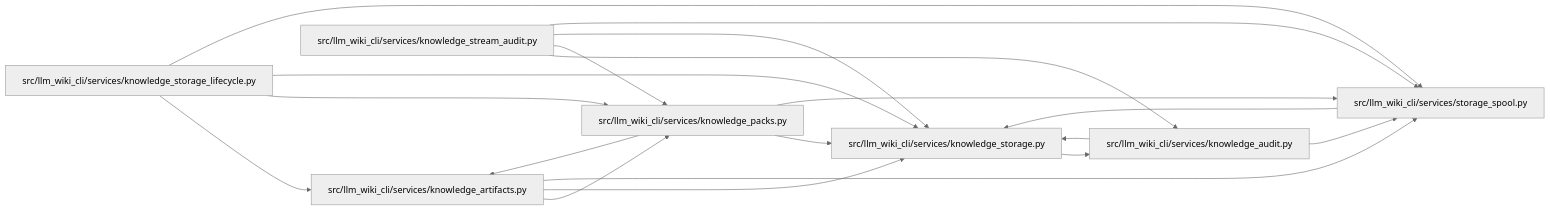
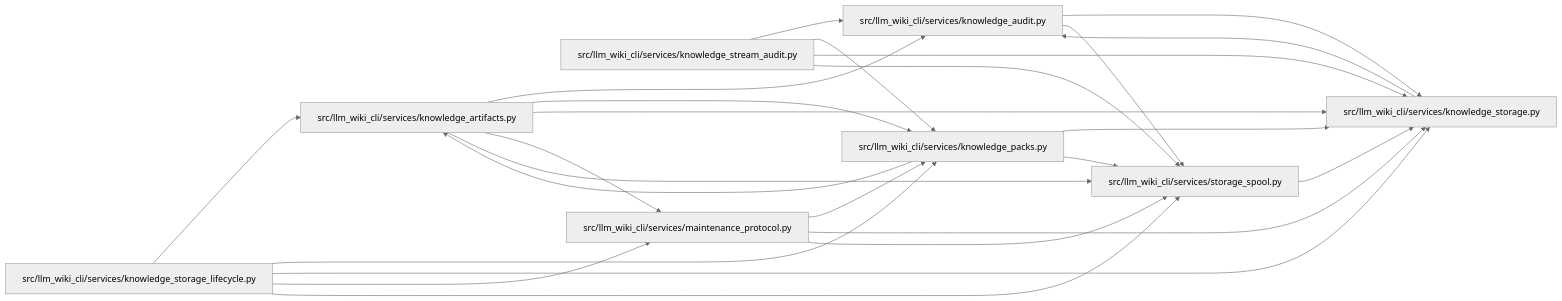
The diagram in docs/llm_wiki/modules/storage_spool.md (Denissvgn/python-wiki-llm), drawn with Mermaid (neutral theme) before and after one commit. The commit also changed other lines of this file and 627 other files, not shown here.

````diff
--- a/docs/llm_wiki/modules/storage_spool.md
+++ b/docs/llm_wiki/modules/storage_spool.md
@@ -27,35 +27,43 @@
 ```mermaid
 flowchart LR
     n0["src/llm_wiki_cli/services/knowledge_artifacts.py"]
     n1["src/llm_wiki_cli/services/knowledge_audit.py"]
     n2["src/llm_wiki_cli/services/knowledge_packs.py"]
     n3["src/llm_wiki_cli/services/knowledge_storage.py"]
     n4["src/llm_wiki_cli/services/knowledge_storage_lifecycle.py"]
     n5["src/llm_wiki_cli/services/knowledge_stream_audit.py"]
-    n6["src/llm_wiki_cli/services/storage_spool.py"]
+    n6["src/llm_wiki_cli/services/maintenance_protocol.py"]
+    n7["src/llm_wiki_cli/services/storage_spool.py"]
+    n0 --> n1
     n0 --> n2
     n0 --> n3
     n0 --> n6
+    n0 --> n7
     n1 --> n3
-    n1 --> n6
+    n1 --> n7
     n2 --> n0
     n2 --> n3
-    n2 --> n6
+    n2 --> n7
     n3 --> n1
     n4 --> n0
     n4 --> n2
     n4 --> n3
     n4 --> n6
+    n4 --> n7
     n5 --> n1
     n5 --> n2
     n5 --> n3
-    n5 --> n6
+    n5 --> n7
+    n6 --> n2
     n6 --> n3
+    n6 --> n7
+    n7 --> n3
     click n0 "../modules/knowledge_artifacts.md"
     click n1 "../modules/knowledge_audit.md"
     click n2 "../modules/knowledge_packs.md"
     click n3 "../modules/knowledge_storage.md"
     click n4 "../modules/knowledge_storage_lifecycle.md"
     click n5 "../modules/knowledge_stream_audit.md"
-    click n6 "../modules/storage_spool.md"
+    click n6 "../modules/maintenance_protocol.md"
+    click n7 "../modules/storage_spool.md"
 ```
````
